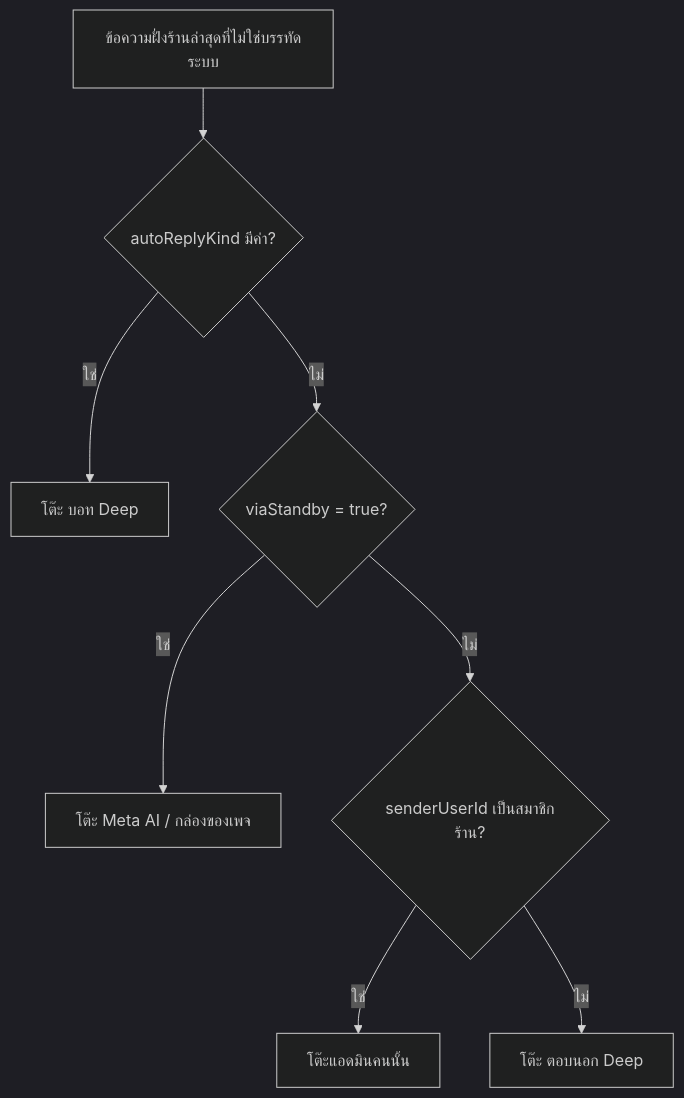
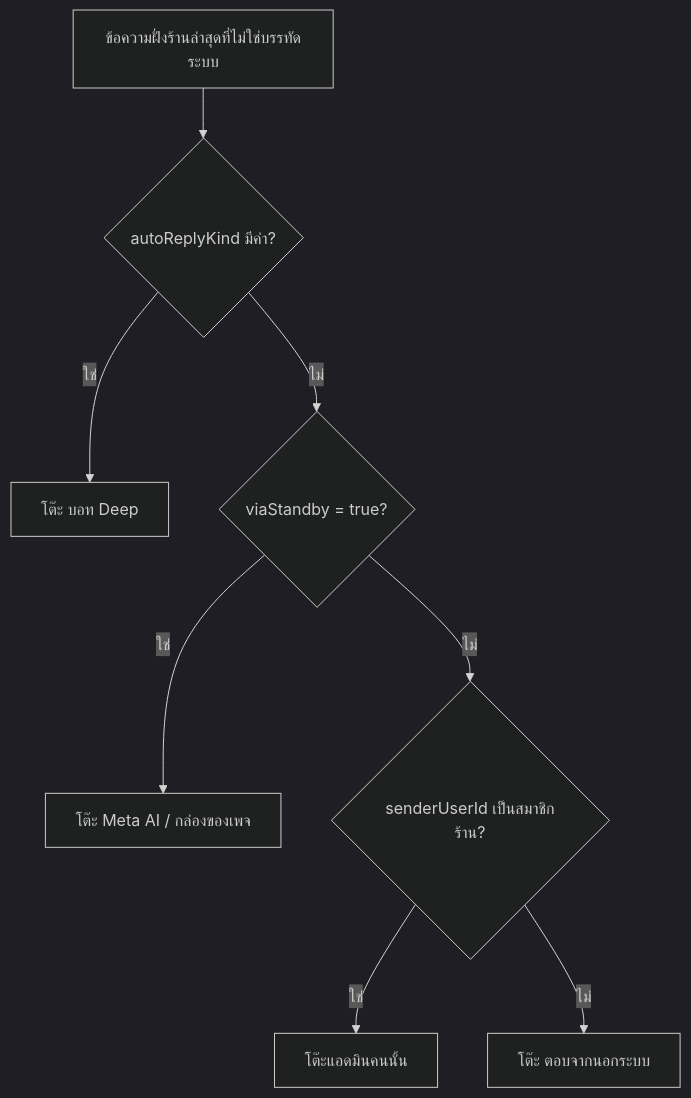
Before and after one commit to CodeCooLTH/deep-web: the second of 2 diagrams in docs/20 - Features/00077 - Chat Desk/PRD.md, drawn with Mermaid (dark theme). The commit also changed other lines of this file and 9 other files, not shown here.

````diff
--- a/docs/20 - Features/00077 - Chat Desk/PRD.md
+++ b/docs/20 - Features/00077 - Chat Desk/PRD.md
@@ -261,10 +263,10 @@
 ```mermaid
 flowchart TD
     A[ข้อความฝั่งร้านล่าสุดที่ไม่ใช่บรรทัดระบบ] --> B{autoReplyKind มีค่า?}
     B -- ใช่ --> BOT[โต๊ะ บอท Deep]
     B -- ไม่ --> C{viaStandby = true?}
     C -- ใช่ --> AI[โต๊ะ Meta AI / กล่องของเพจ]
     C -- ไม่ --> D{senderUserId เป็นสมาชิกร้าน?}
     D -- ใช่ --> ADM[โต๊ะแอดมินคนนั้น]
-    D -- ไม่ --> EXT[โต๊ะ ตอบนอก Deep]
+    D -- ไม่ --> EXT[โต๊ะ ตอบจากนอกระบบ]
 ```
````
